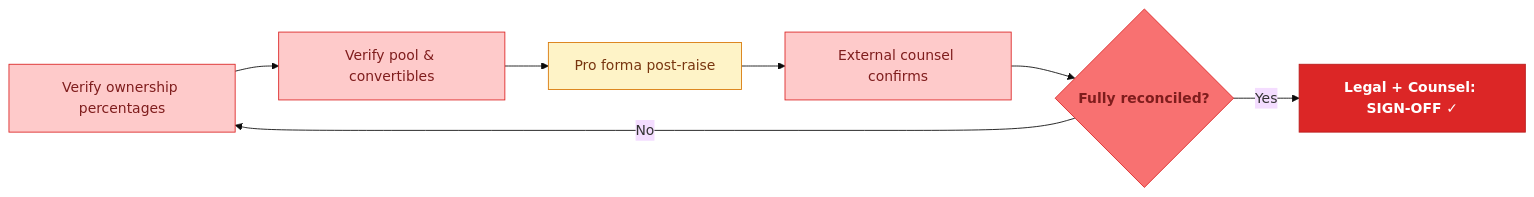
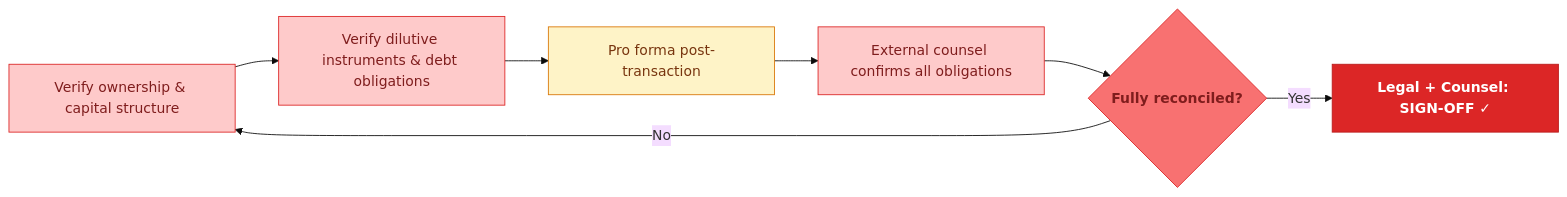
The tenth of 16 diagrams in README.md (mrchanpark/IC-Memo-Flow-Chart-V2), drawn with Mermaid (base theme) before and after one commit. The commit also changed other lines of this file and 2 other files, not shown here.

````diff
--- a/README.md
+++ b/README.md
@@ -256,13 +257,13 @@
 ```mermaid
 flowchart LR
-  A["Verify ownership percentages"]:::red --> B["Verify pool & convertibles"]:::red
-  B --> C["Pro forma post-raise"]:::yel
-  C --> D["External counsel confirms"]:::red
+  A["Verify ownership & capital structure"]:::red --> B["Verify dilutive instruments & debt obligations"]:::red
+  B --> C["Pro forma post-transaction"]:::yel
+  C --> D["External counsel confirms all obligations"]:::red
   D --> E{"Fully reconciled?"}:::redD
   E -- No --> A
   E -- Yes --> F["Legal + Counsel: SIGN-OFF ✓"]:::redM
   classDef red fill:#fecaca,stroke:#dc2626,color:#7f1d1d
   classDef yel fill:#fef3c7,stroke:#d97706,color:#78350f
   classDef redD fill:#f87171,stroke:#dc2626,color:#7f1d1d,font-weight:700
   classDef redM fill:#dc2626,stroke:#b91c1c,color:#fff,font-weight:700
 ```
````
